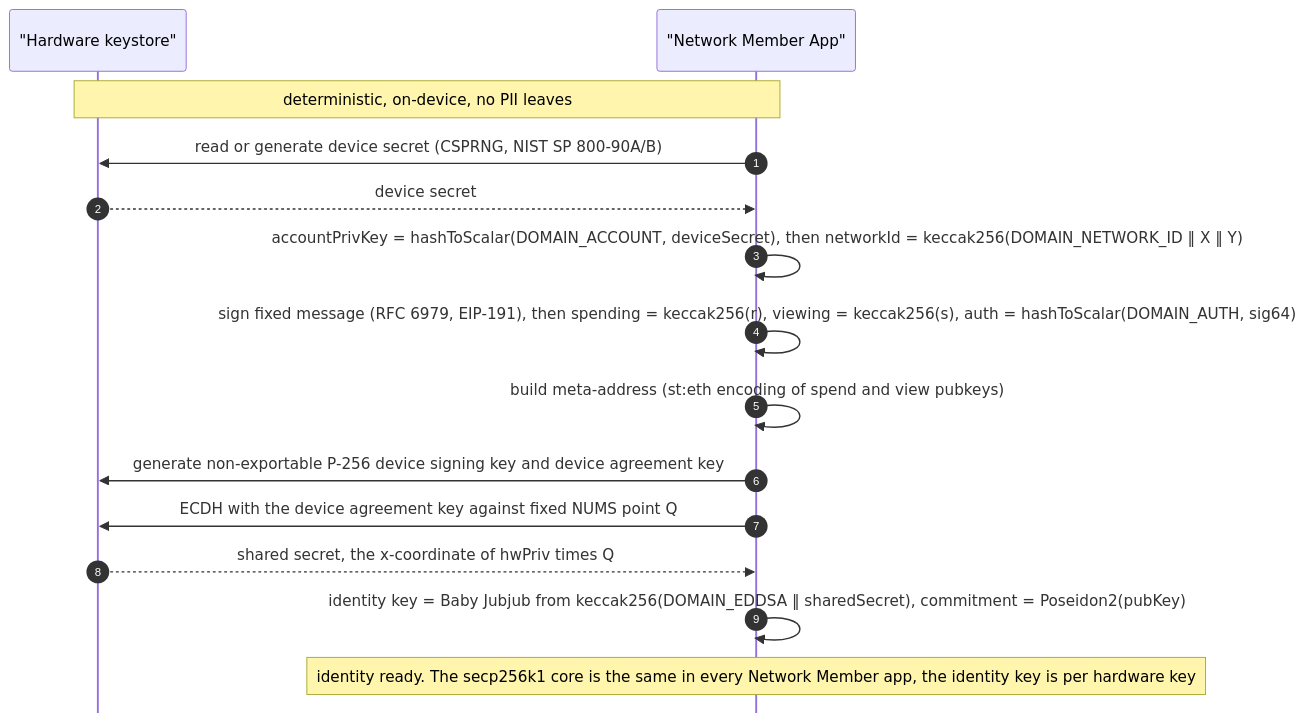
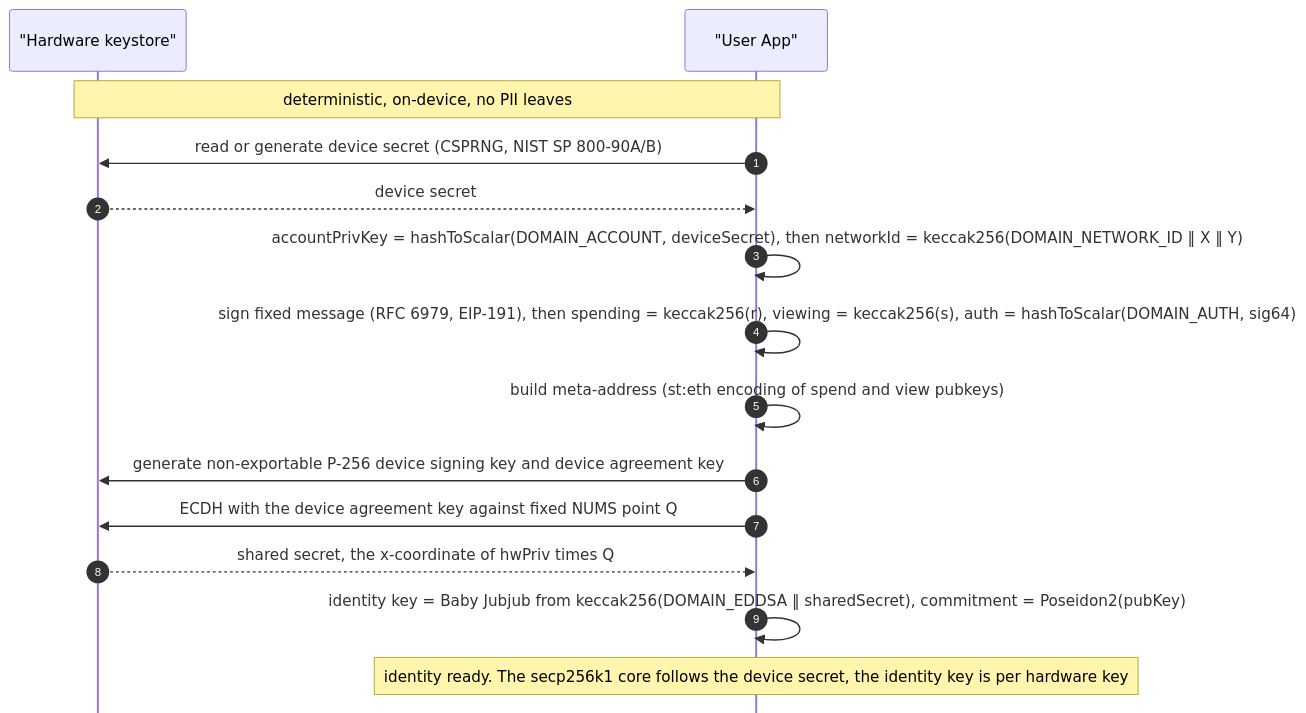
Before and after one commit to ethereum/coordination-network: the second of 7 diagrams in specs/06-full-architecture-phase-1.md, drawn with Mermaid. The commit also changed other lines of this file and 11 other files, not shown here.

````diff
--- a/specs/06-full-architecture-phase-1.md
+++ b/specs/06-full-architecture-phase-1.md
@@ -139,19 +139,19 @@
 ```mermaid
 %%{init: {'themeVariables': {'fontSize': '13px'}, 'sequence': {'mirrorActors': false, 'actorMargin': 50, 'messageMargin': 35}}}%%
 sequenceDiagram
     autonumber
     participant HW as "Hardware keystore"
-    participant NMA as "Network Member App"
+    participant UA as "User App"
 
-    Note over NMA,HW: deterministic, on-device, no PII leaves
-    NMA->>HW: read or generate device secret (CSPRNG, NIST SP 800-90A/B)
-    HW-->>NMA: device secret
-    NMA->>NMA: accountPrivKey = hashToScalar(DOMAIN_ACCOUNT, deviceSecret), then networkId = keccak256(DOMAIN_NETWORK_ID ‖ X ‖ Y)
-    NMA->>NMA: sign fixed message (RFC 6979, EIP-191), then spending = keccak256(r), viewing = keccak256(s), auth = hashToScalar(DOMAIN_AUTH, sig64)
-    NMA->>NMA: build meta-address (st:eth encoding of spend and view pubkeys)
-    NMA->>HW: generate non-exportable P-256 device signing key and device agreement key
-    NMA->>HW: ECDH with the device agreement key against fixed NUMS point Q
-    HW-->>NMA: shared secret, the x-coordinate of hwPriv times Q
-    NMA->>NMA: identity key = Baby Jubjub from keccak256(DOMAIN_EDDSA ‖ sharedSecret), commitment = Poseidon2(pubKey)
-    Note over NMA: identity ready. The secp256k1 core is the same in every Network Member app, the identity key is per hardware key
+    Note over UA,HW: deterministic, on-device, no PII leaves
+    UA->>HW: read or generate device secret (CSPRNG, NIST SP 800-90A/B)
+    HW-->>UA: device secret
+    UA->>UA: accountPrivKey = hashToScalar(DOMAIN_ACCOUNT, deviceSecret), then networkId = keccak256(DOMAIN_NETWORK_ID ‖ X ‖ Y)
+    UA->>UA: sign fixed message (RFC 6979, EIP-191), then spending = keccak256(r), viewing = keccak256(s), auth = hashToScalar(DOMAIN_AUTH, sig64)
+    UA->>UA: build meta-address (st:eth encoding of spend and view pubkeys)
+    UA->>HW: generate non-exportable P-256 device signing key and device agreement key
+    UA->>HW: ECDH with the device agreement key against fixed NUMS point Q
+    HW-->>UA: shared secret, the x-coordinate of hwPriv times Q
+    UA->>UA: identity key = Baby Jubjub from keccak256(DOMAIN_EDDSA ‖ sharedSecret), commitment = Poseidon2(pubKey)
+    Note over UA: identity ready. The secp256k1 core follows the device secret, the identity key is per hardware key
 ```
````
